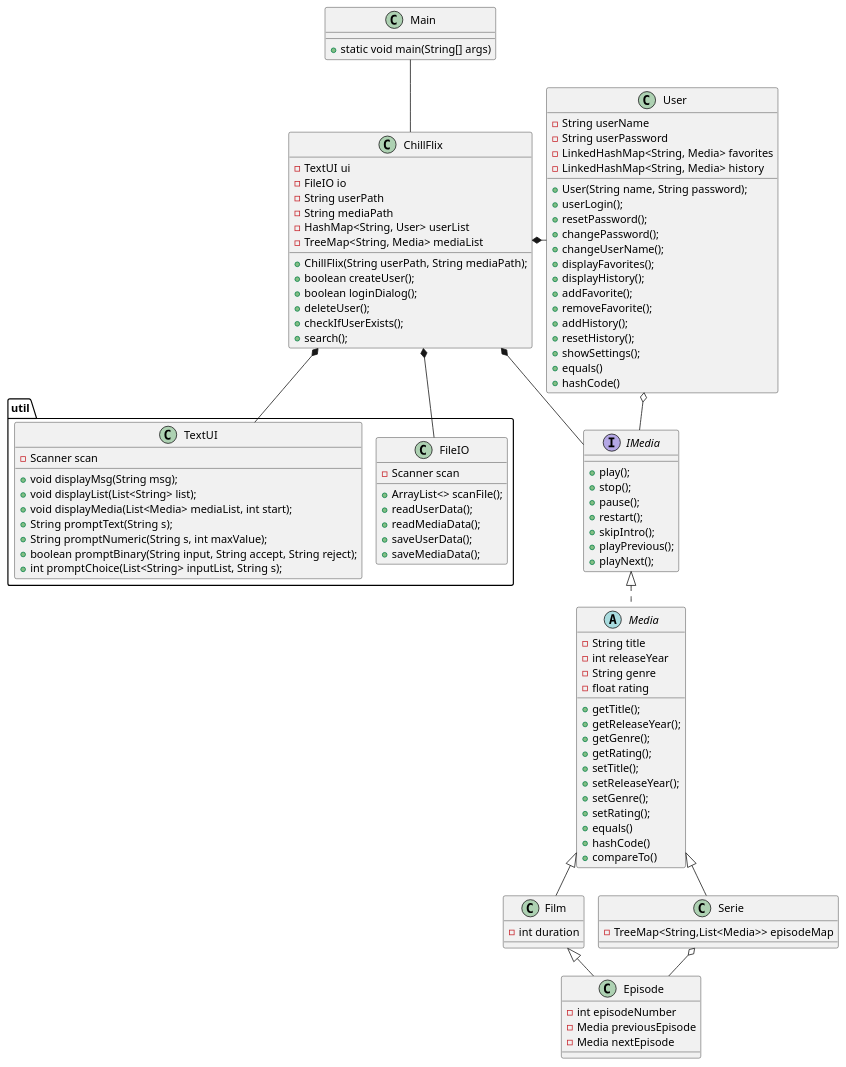
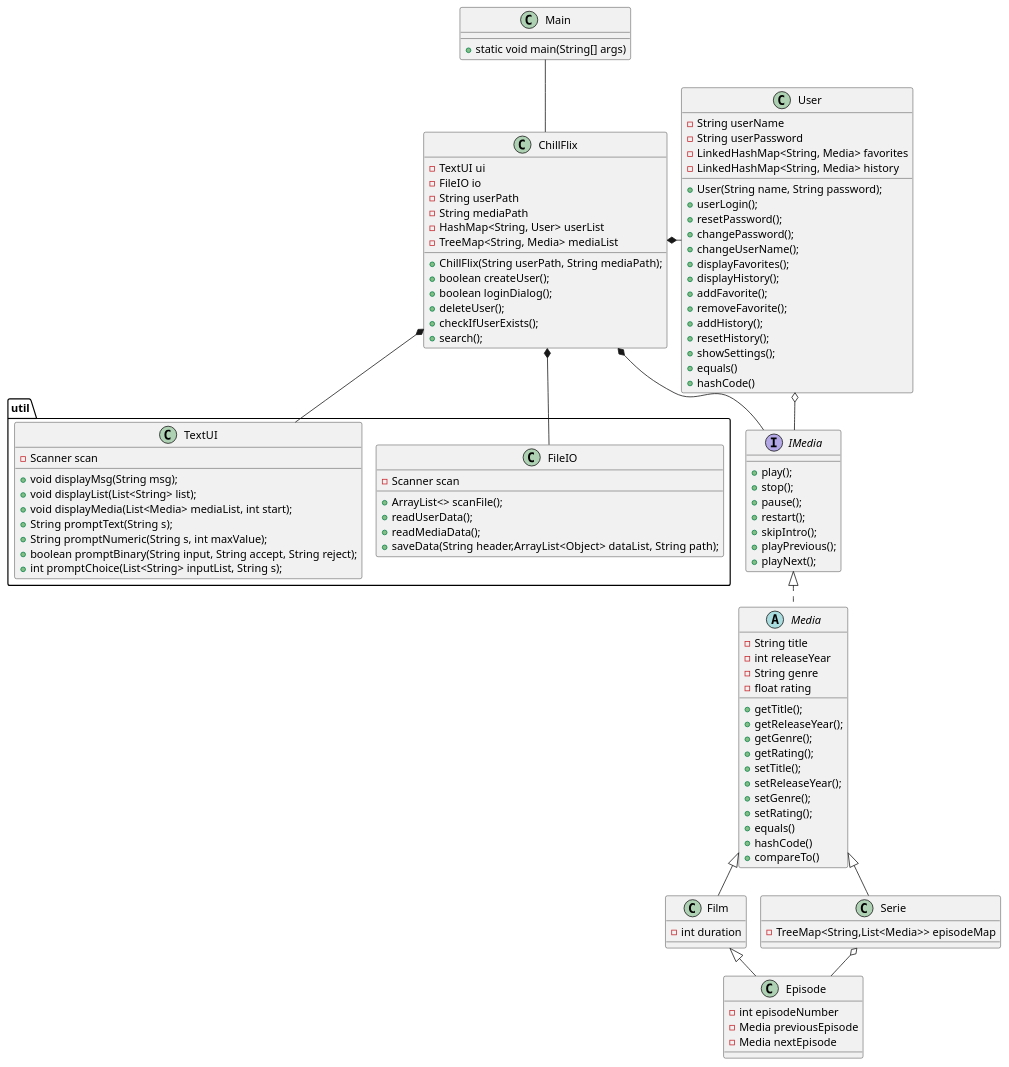
Before and after one commit to Falcho/SP3: the diagram in docs/classDiagram.puml, drawn with PlantUML. The commit also changed 1 other file, not shown here.

Commit message:
saveData metoden i FileIO er rettet og har ændret klassediagram i FileIO og

```diff
--- a/docs/classDiagram.puml
+++ b/docs/classDiagram.puml
@@ -1,121 +1,120 @@
 @startuml
 'https://plantuml.com/class-diagram
 !pragma layout smetana
 
 Class Main{
 +static void main(String[] args)
 }
 
 Class ChillFlix{
 -TextUI ui
 -FileIO io
 -String userPath
 -String mediaPath
 -HashMap<String, User> userList
 -TreeMap<String, Media> mediaList
 +ChillFlix(String userPath, String mediaPath);
 +boolean createUser();
 +boolean loginDialog();
 +deleteUser();
 +checkIfUserExists();
 +search();
 }
 
 
 Class User{
 -String userName
 -String userPassword
 -LinkedHashMap<String, Media> favorites
 -LinkedHashMap<String, Media> history
 +User(String name, String password);
 +userLogin();
 +resetPassword();
 +changePassword();
 +changeUserName();
 +displayFavorites();
 +displayHistory();
 +addFavorite();
 +removeFavorite();
 +addHistory();
 +resetHistory();
 +showSettings();
 +equals()
 +hashCode()
 }
 
 Interface IMedia{
 +play();
 +stop();
 +pause();
 +restart();
 +skipIntro();
 +playPrevious();
 +playNext();
 }
 abstract Class Media{
 -String title
 -int releaseYear
 -String genre
 -float rating
 +getTitle();
 +getReleaseYear();
 +getGenre();
 +getRating();
 +setTitle();
 +setReleaseYear();
 +setGenre();
 +setRating();
 +equals()
 +hashCode()
 +compareTo()
 }
 
 Class Film {
 -int duration
 }
 
 Class Serie{
 -TreeMap<String,List<Media>> episodeMap
 }
 
 
 Class Episode{
 -int episodeNumber
 -Media previousEpisode
 -Media nextEpisode
 }
 package util {
     Class FileIO{
     -Scanner scan
     +ArrayList<> scanFile();
     +readUserData();
     +readMediaData();
-    +saveUserData();
-    +saveMediaData();
+    +saveData(String header,ArrayList<Object> dataList, String path);
     }
 
     Class TextUI{
     -Scanner scan
     +void displayMsg(String msg);
     +void displayList(List<String> list);
     +void displayMedia(List<Media> mediaList, int start);
     +String promptText(String s);
     +String promptNumeric(String s, int maxValue);
     +boolean promptBinary(String input, String accept, String reject);
     +int promptChoice(List<String> inputList, String s);
     }
 }
 
 Film <|-- Episode
 Media <|-- Film
 Media <|-- Serie
 Serie o-- Episode
 IMedia <|.. Media
 ChillFlix *- User
 ChillFlix *-- IMedia
 ChillFlix *-- FileIO
 ChillFlix *-- TextUI
 Main -- ChillFlix
 User o- IMedia
 
 @enduml
```
